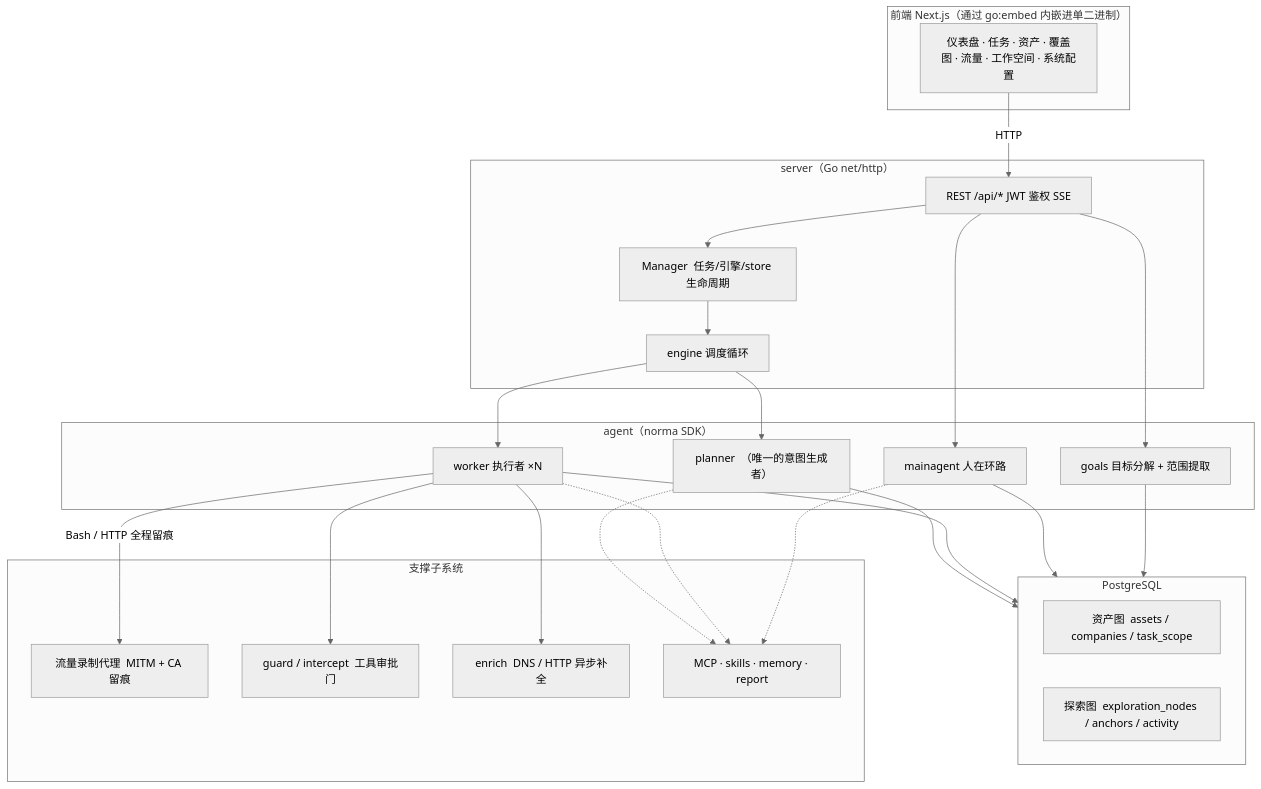
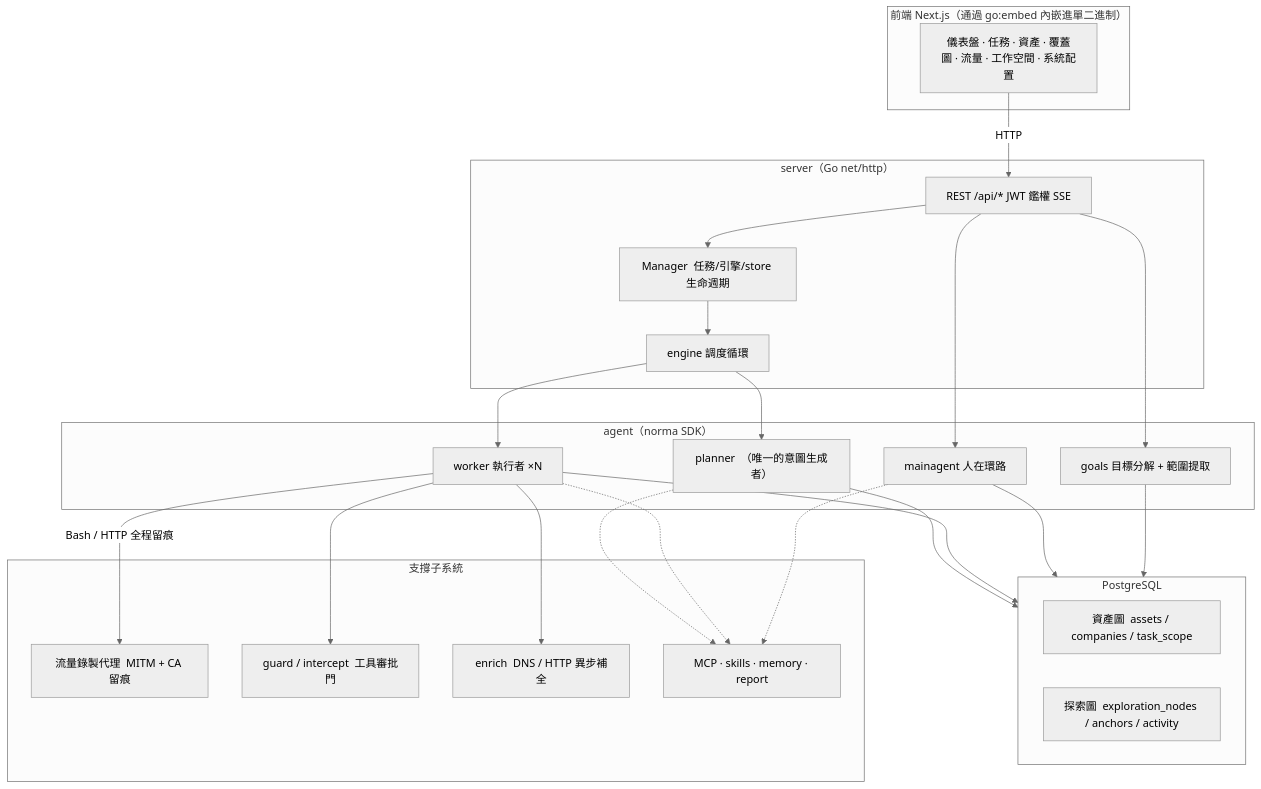
The first of 5 diagrams in README_zh.md (sebastian93921/ARTIFEX), drawn with Mermaid (neutral theme) before and after one commit. The commit also changed other lines of this file and 1 other file, not shown here.

````diff
--- a/README_zh.md
+++ b/README_zh.md
@@ -295,44 +295,44 @@
 ```mermaid
 flowchart TB
-  subgraph FE["前端 Next.js（通过 go:embed 内嵌进单二进制）"]
-    UI["仪表盘 · 任务 · 资产 · 覆盖图 · 流量 · 工作空间 · 系统配置"]
+  subgraph FE["前端 Next.js（通過 go:embed 內嵌進單二進制）"]
+    UI["儀表盤 · 任務 · 資產 · 覆蓋圖 · 流量 · 工作空間 · 系統配置"]
   end
   subgraph SRV["server（Go net/http）"]
-    API["REST /api/*  JWT 鉴权  SSE"]
-    ENG["engine 调度循环"]
-    MGR["Manager  任务/引擎/store 生命周期"]
+    API["REST /api/*  JWT 鑑權  SSE"]
+    ENG["engine 調度循環"]
+    MGR["Manager  任務/引擎/store 生命週期"]
   end
   subgraph AG["agent（norma SDK）"]
-    GO["goals  目标分解 + 范围提取"]
-    PL["planner  （唯一的意图生成者）"]
-    WK["worker  执行者 ×N"]
-    MA["mainagent  人在环路"]
+    GO["goals  目標分解 + 範圍提取"]
+    PL["planner  （唯一的意圖生成者）"]
+    WK["worker  執行者 ×N"]
+    MA["mainagent  人在環路"]
   end
   subgraph DB["PostgreSQL"]
-    AGRAPH["资产图  assets / companies / task_scope"]
-    EGRAPH["探索图  exploration_nodes / anchors / activity"]
+    AGRAPH["資產圖  assets / companies / task_scope"]
+    EGRAPH["探索圖  exploration_nodes / anchors / activity"]
   end
-  subgraph SUB["支撑子系统"]
-    PROXY["流量录制代理  MITM + CA 留痕"]
-    GUARD["guard / intercept  工具审批门"]
-    ENR["enrich  DNS / HTTP 异步补全"]
+  subgraph SUB["支撐子系統"]
+    PROXY["流量錄製代理  MITM + CA 留痕"]
+    GUARD["guard / intercept  工具審批門"]
+    ENR["enrich  DNS / HTTP 異步補全"]
     EXT["MCP · skills · memory · report"]
   end
 
   UI -->|HTTP| API
   API --> MGR --> ENG
   ENG --> PL
   ENG --> WK
   API --> MA
   API --> GO
   PL --> DB
   WK --> DB
   MA --> DB
   GO --> DB
   WK -->|"Bash / HTTP 全程留痕"| PROXY
   WK --> GUARD
   WK --> ENR
   PL -.-> EXT
   WK -.-> EXT
   MA -.-> EXT
 ```
````
